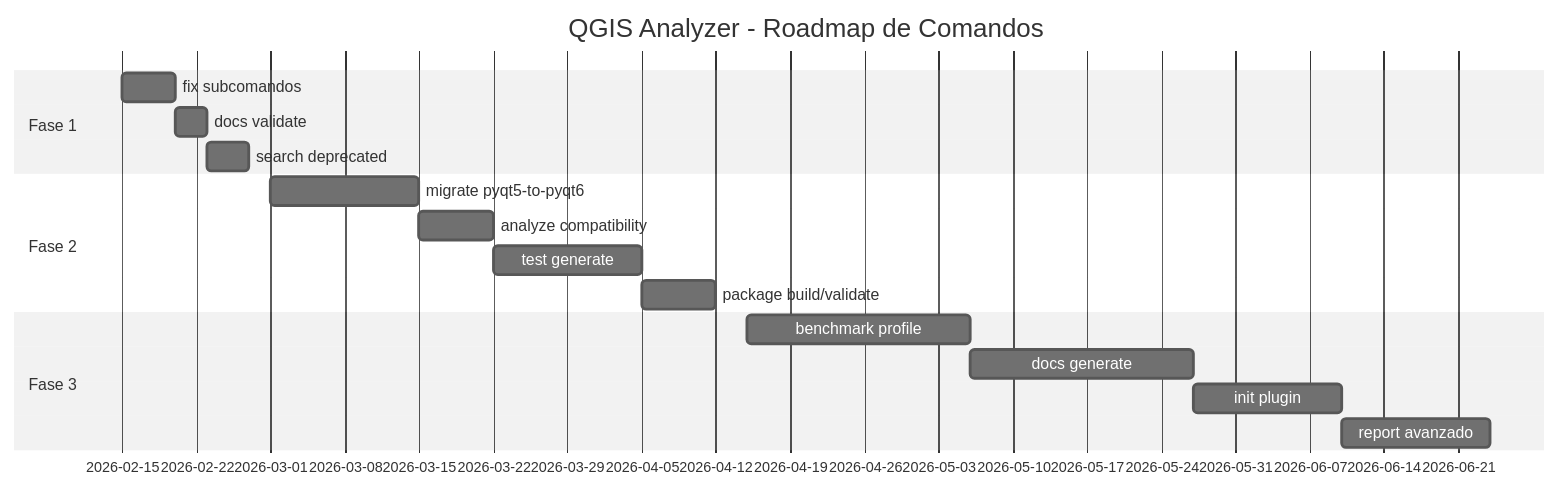
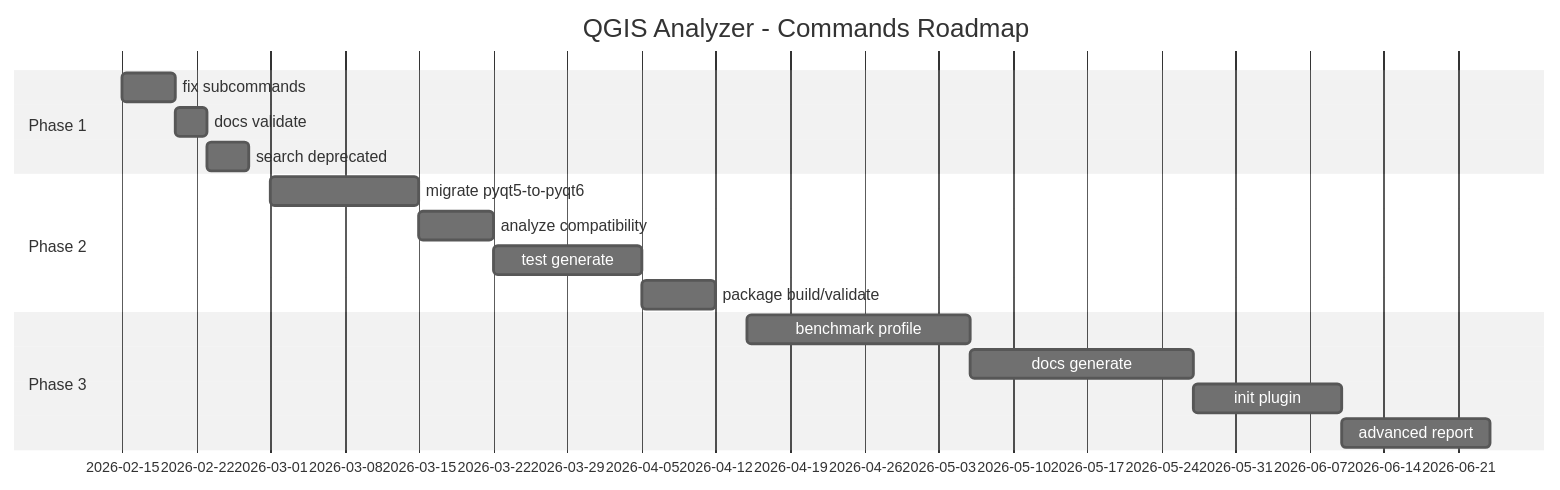
The diagram in docs/research/CLI_COMMANDS_ROADMAP.md (geociencio/qgis-plugin-analyzer), drawn with Mermaid (neutral theme) before and after one commit. The commit also changed other lines of this file and 8 other files, not shown here.

````diff
--- a/docs/research/CLI_COMMANDS_ROADMAP.md
+++ b/docs/research/CLI_COMMANDS_ROADMAP.md
@@ -423,21 +423,21 @@
 ```mermaid
 gantt
-    title QGIS Analyzer - Roadmap de Comandos
+    title QGIS Analyzer - Commands Roadmap
     dateFormat  YYYY-MM-DD
-    section Fase 1
-    fix subcomandos           :2026-02-15, 5d
+    section Phase 1
+    fix subcommands           :2026-02-15, 5d
     docs validate             :2026-02-20, 3d
     search deprecated         :2026-02-23, 4d
     
-    section Fase 2
+    section Phase 2
     migrate pyqt5-to-pyqt6    :2026-03-01, 14d
     analyze compatibility     :2026-03-15, 7d
     test generate             :2026-03-22, 14d
     package build/validate    :2026-04-05, 7d
     
-    section Fase 3
+    section Phase 3
     benchmark profile         :2026-04-15, 21d
     docs generate             :2026-05-06, 21d
     init plugin               :2026-05-27, 14d
-    report avanzado           :2026-06-10, 14d
+    advanced report           :2026-06-10, 14d
 ```
````
